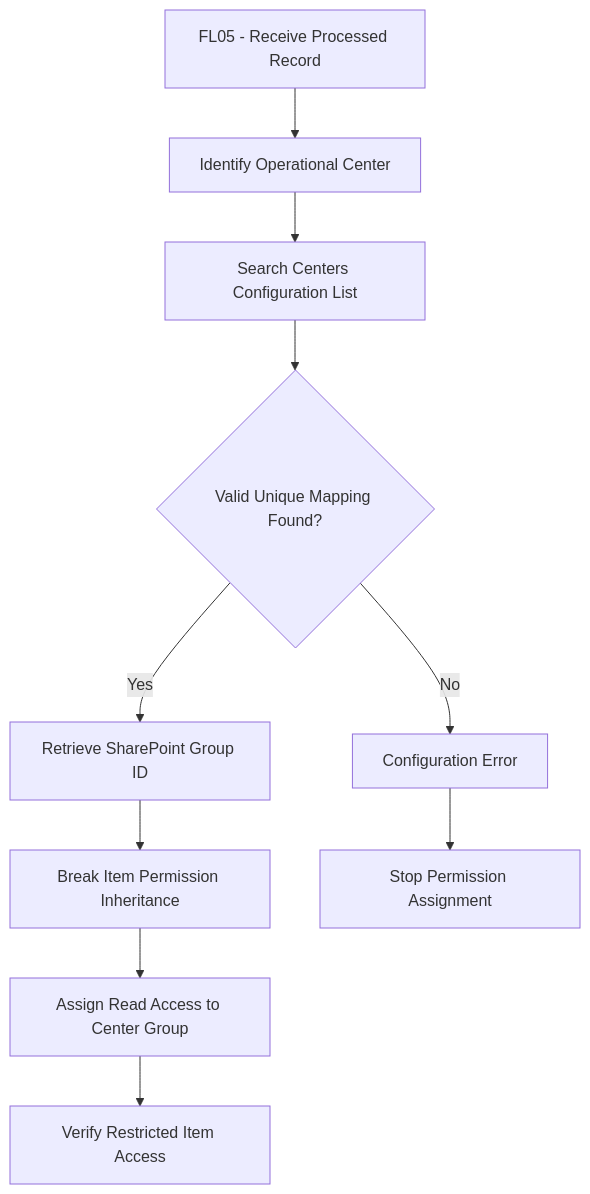
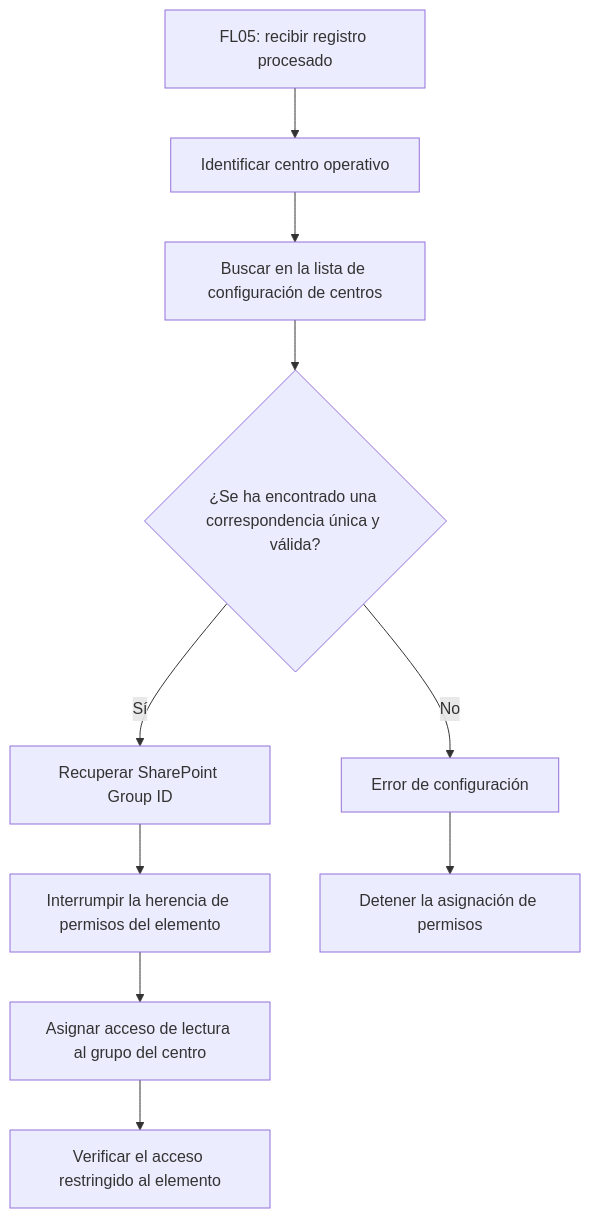
One commit to smartinmunoz/power-platform-portfolio-es changed the diagram in Power-Automate/SharePoint-Excel-Automation/Sharepoint/lists/centers-configuration.md. Above: the diagram before and after it, drawn with Mermaid. The commit also changed other lines of this file, not shown here.

First line of the commit message:
docs: translate SharePoint centers configuration to Spanish

````diff
--- a/Power-Automate/SharePoint-Excel-Automation/Sharepoint/lists/centers-configuration.md
+++ b/Power-Automate/SharePoint-Excel-Automation/Sharepoint/lists/centers-configuration.md
@@ -128,23 +124,23 @@
 ```mermaid
 flowchart TD
-    A[FL05 - Receive Processed Record]
-    B[Identify Operational Center]
-    C[Search Centers Configuration List]
-    D{Valid Unique Mapping Found?}
-    E[Retrieve SharePoint Group ID]
-    F[Break Item Permission Inheritance]
-    G[Assign Read Access to Center Group]
-    H[Verify Restricted Item Access]
-    I[Configuration Error]
-    J[Stop Permission Assignment]
+    A["FL05: recibir registro procesado"]
+    B["Identificar centro operativo"]
+    C["Buscar en la lista de configuración de centros"]
+    D{"¿Se ha encontrado una correspondencia única y válida?"}
+    E["Recuperar SharePoint Group ID"]
+    F["Interrumpir la herencia de permisos del elemento"]
+    G["Asignar acceso de lectura al grupo del centro"]
+    H["Verificar el acceso restringido al elemento"]
+    I["Error de configuración"]
+    J["Detener la asignación de permisos"]
 
     A --> B
     B --> C
     C --> D
-    D -->|Yes| E
+    D -->|Sí| E
     D -->|No| I
     E --> F
     F --> G
     G --> H
     I --> J
 ```
````
